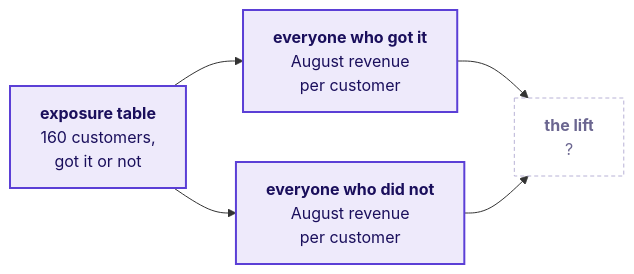
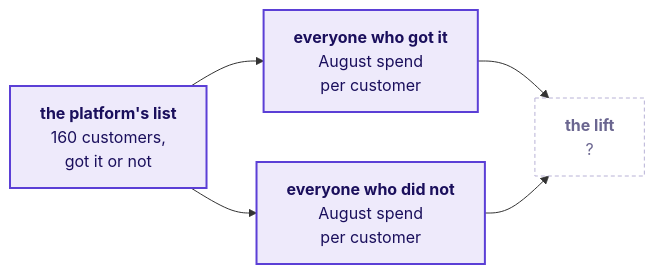
Before and after one commit to fde-academy-lab/c2-content-factory: diagram 24 of 32 in content/W01/D4/slides/C2_W01_D04_half1_STUDENT.md, drawn with Mermaid. The commit also changed other lines of this file and 4 other files, not shown here.

````diff
--- a/content/W01/D4/slides/C2_W01_D04_half1_STUDENT.md
+++ b/content/W01/D4/slides/C2_W01_D04_half1_STUDENT.md
@@ -1052,11 +1085,11 @@
 ```mermaid
 flowchart LR
-    E["<b>exposure table</b><br/>160 customers,<br/>got it or not"] --> A["<b>everyone who got it</b><br/>August revenue<br/>per customer"]
-    E --> B["<b>everyone who did not</b><br/>August revenue<br/>per customer"]
+    E["<b>the platform's list</b><br/>160 customers,<br/>got it or not"] --> A["<b>everyone who got it</b><br/>August spend<br/>per customer"]
+    E --> B["<b>everyone who did not</b><br/>August spend<br/>per customer"]
     A --> L["<b>the lift</b><br/>?"]
     B --> L
     classDef known fill:#EEEAFB,stroke:#5B3FD6,color:#1A0F5C,stroke-width:2px
     classDef unknown fill:#FFFFFF,stroke:#B8B2D6,color:#6B6690,stroke-dasharray:4 3
     class E,A,B known
     class L unknown
 ```
````
